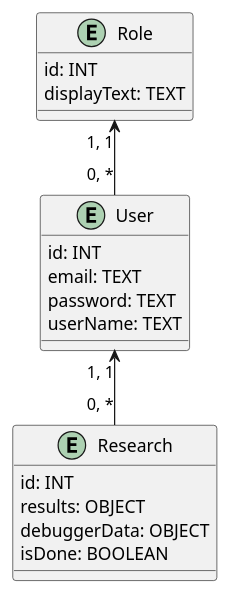
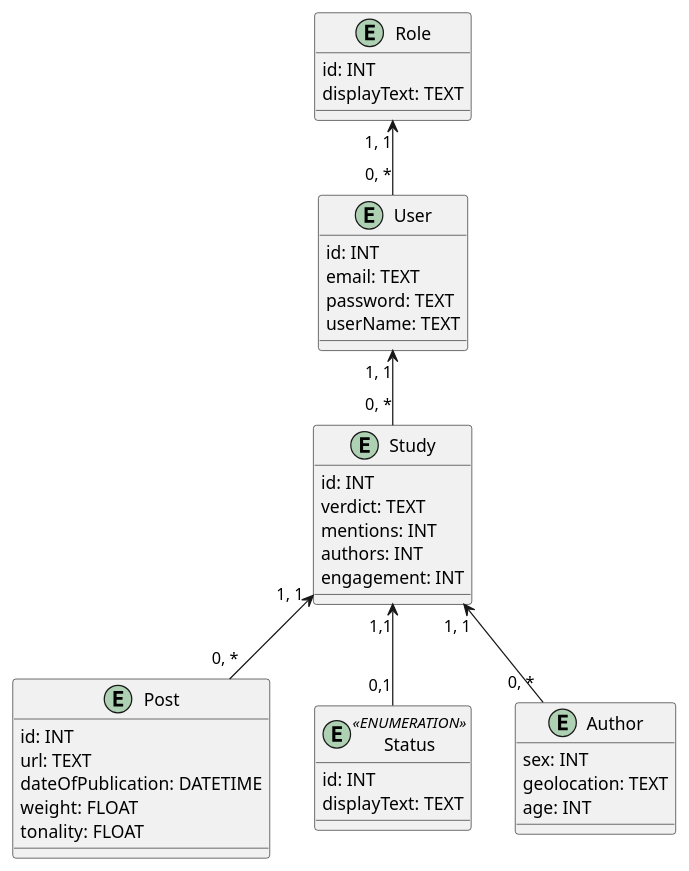
One commit to kpi-wolves/edu_db_labs changed the second of 2 diagrams in docs/design/README.md. Above: the diagram before and after it, drawn with PlantUML. The commit also changed other lines of this file, not shown here.

Commit message:
fix: Add more objects to ER diagram

```diff
--- a/docs/design/README.md
+++ b/docs/design/README.md
@@ -41,25 +80,48 @@
 @startuml 
 
 entity Role  {
   id: INT 
   displayText: TEXT 
 }
 
 entity User { 
   id: INT 
   email: TEXT 
   password: TEXT 
   userName: TEXT  
 }
 
-entity Research  {  
+entity Study  {  
   id: INT  
-  results: OBJECT
-  debuggerData: OBJECT
-  isDone: BOOLEAN
+  verdict: TEXT
+  mentions: INT
+  authors: INT
+  engagement: INT
+}
+
+entity Post {
+  id: INT
+  url: TEXT
+  dateOfPublication: DATETIME
+  weight: FLOAT
+  tonality: FLOAT
+}
+
+entity Status <<ENUMERATION>>{
+  id: INT
+  displayText: TEXT
+}
+
+entity Author {
+  sex: INT
+  geolocation: TEXT
+  age: INT
 }
 
 Role "1, 1" <-- "0, *" User  
-User "1, 1" <-- "0, *" Research
+User "1, 1" <-- "0, *" Study
+Study "1, 1" <-- "0, *" Post
+Study "1, 1" <-- "0, *" Author
+Study "1,1" <-- "0,1" Status
 
 @enduml
```
